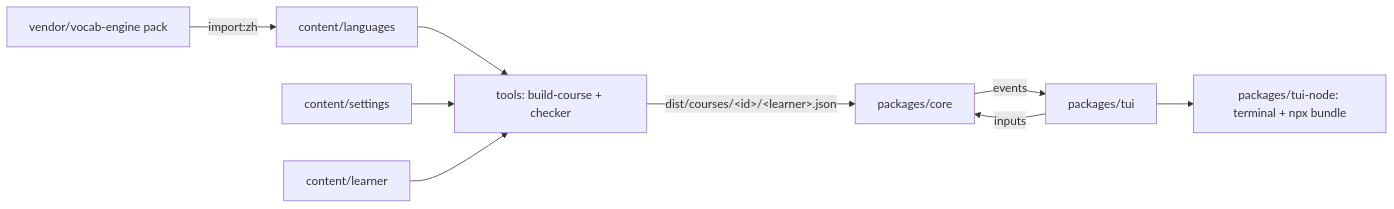
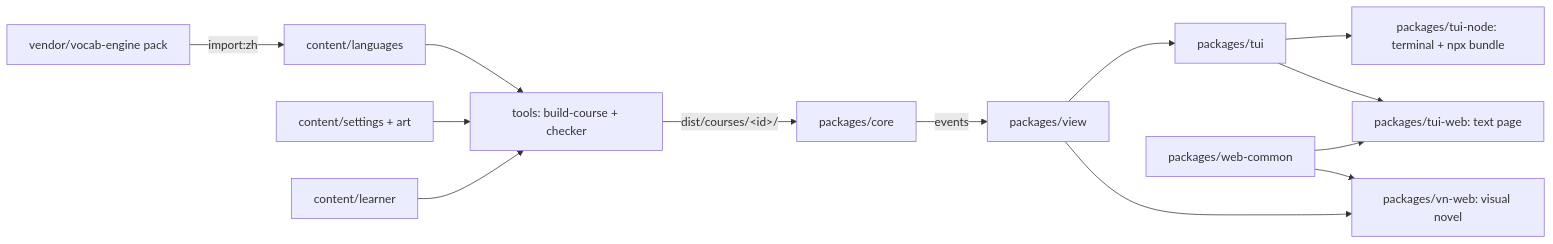
The diagram in CLAUDE.md (Bannerless-Studio/silver-tongue), drawn with Mermaid before and after one commit. The commit also changed other lines of this file and 3 other files, not shown here.

Commit message:
docs: the visual novel, shared view and web packages, art rules

````diff
--- a/CLAUDE.md
+++ b/CLAUDE.md
@@ -7,11 +7,15 @@
 ```mermaid
 flowchart LR
   VE[vendor/vocab-engine pack] -- import:zh --> L[content/languages]
   L --> B[tools: build-course + checker]
-  S[content/settings] --> B
+  S[content/settings + art] --> B
   LR[content/learner] --> B
-  B -- dist/courses/&lt;id&gt;/&lt;learner&gt;.json --> C[packages/core]
-  C -- events --> T[packages/tui]
-  T -- inputs --> C
+  B -- dist/courses/&lt;id&gt;/ --> C[packages/core]
+  C -- events --> V[packages/view]
+  V --> T[packages/tui]
+  V --> VN[packages/vn-web: visual novel]
   T --> N[packages/tui-node: terminal + npx bundle]
+  T --> W[packages/tui-web: text page]
+  WC[packages/web-common] --> W
+  WC --> VN
 ```
````
